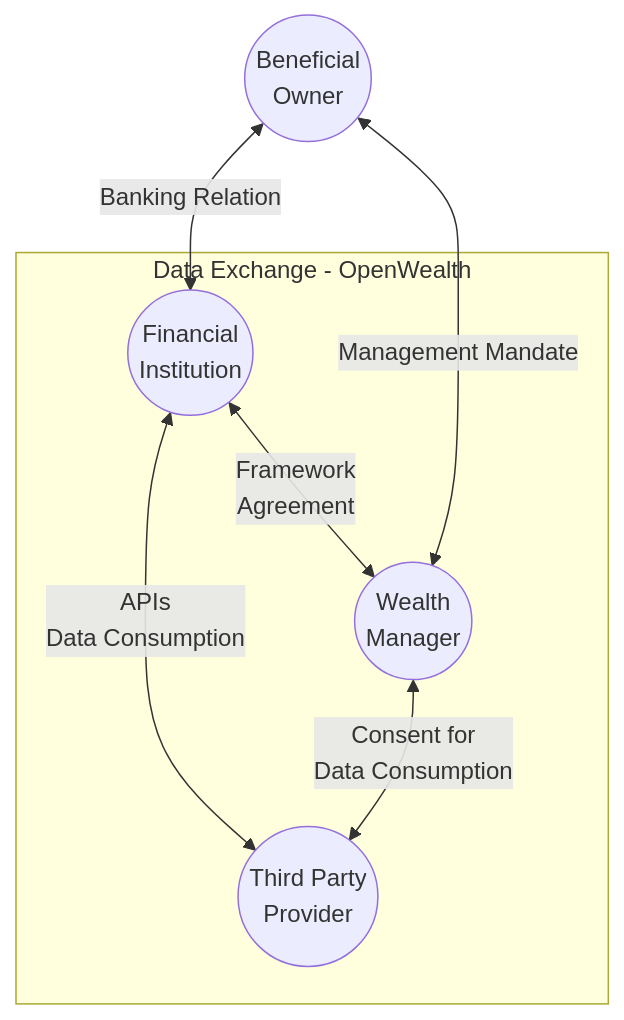
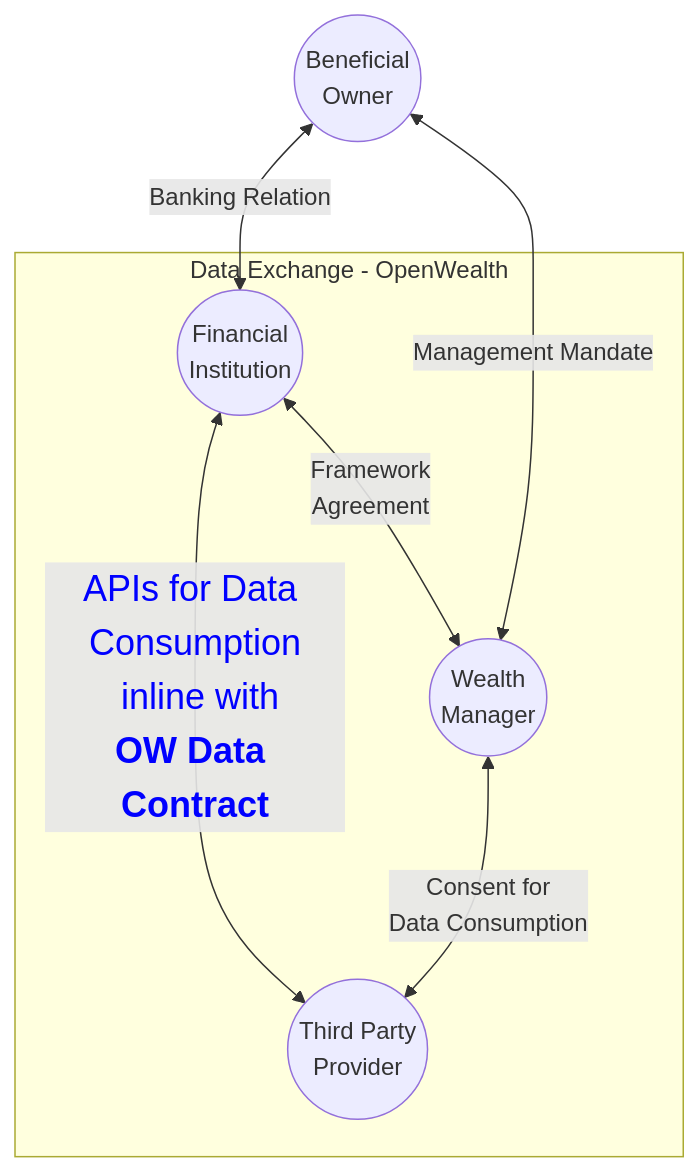
One commit to OpenWealth/OpenWealth changed the first of 2 diagrams in README.md. Above: the diagram before and after it, drawn with Mermaid. The commit also changed other lines of this file, not shown here.

````diff
--- a/README.md
+++ b/README.md
@@ -17,10 +17,11 @@
 ```mermaid
 flowchart TB
     BO((Beneficial<br>Owner)) <-- Banking Relation --> FI((Financial<br>Institution))
     BO <-- Management Mandate --> EAM((Wealth<br>Manager))
     subgraph Data Exchange - OpenWealth
-        FI <-- APIs<br>Data Consumption --> TPP((Third Party<br>Provider))
+        FI <-- APIs for Data Consumption<br> inline with<br><b>OW Data Contract</b>--> TPP((Third Party<br>Provider))
         FI <-- Framework<br>Agreement --> EAM
         EAM <-- Consent for<br>Data Consumption --> TPP
     end
+    linkStyle 2 color:blue,backgound-color:green,font-size:1.5rem;
 ```
````
